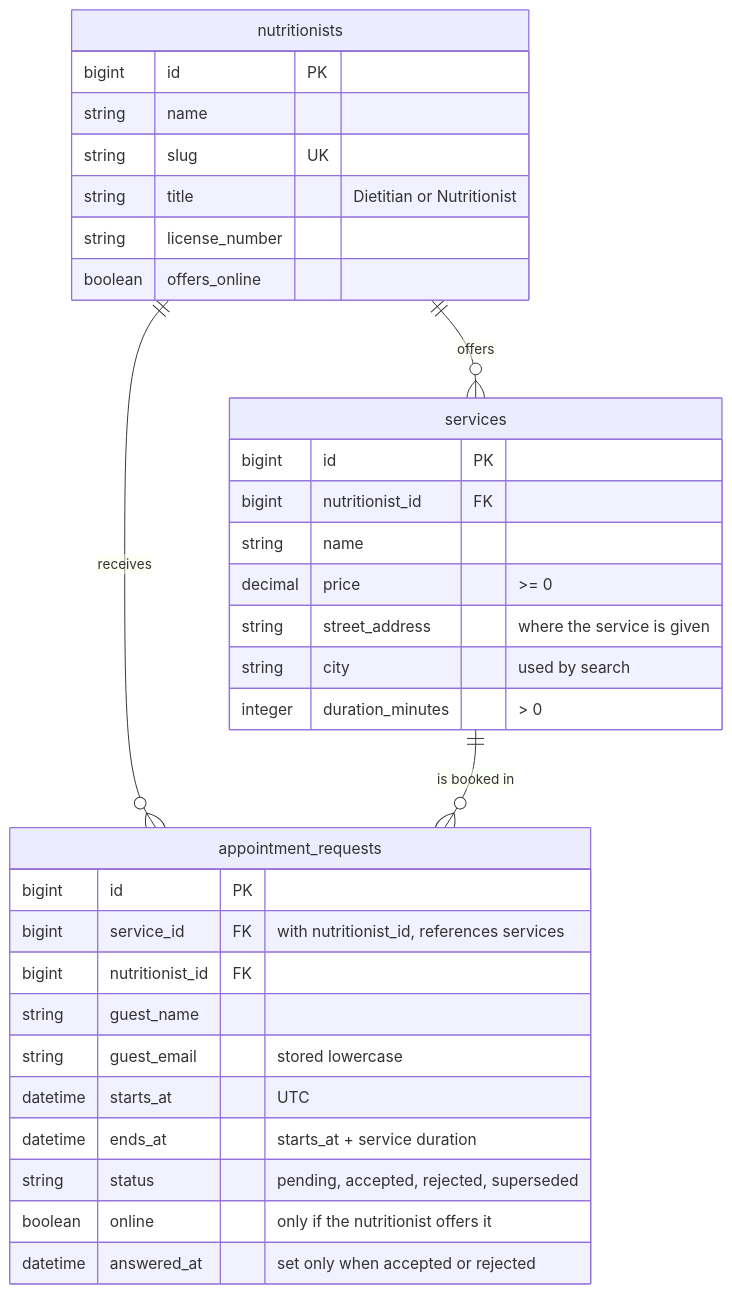
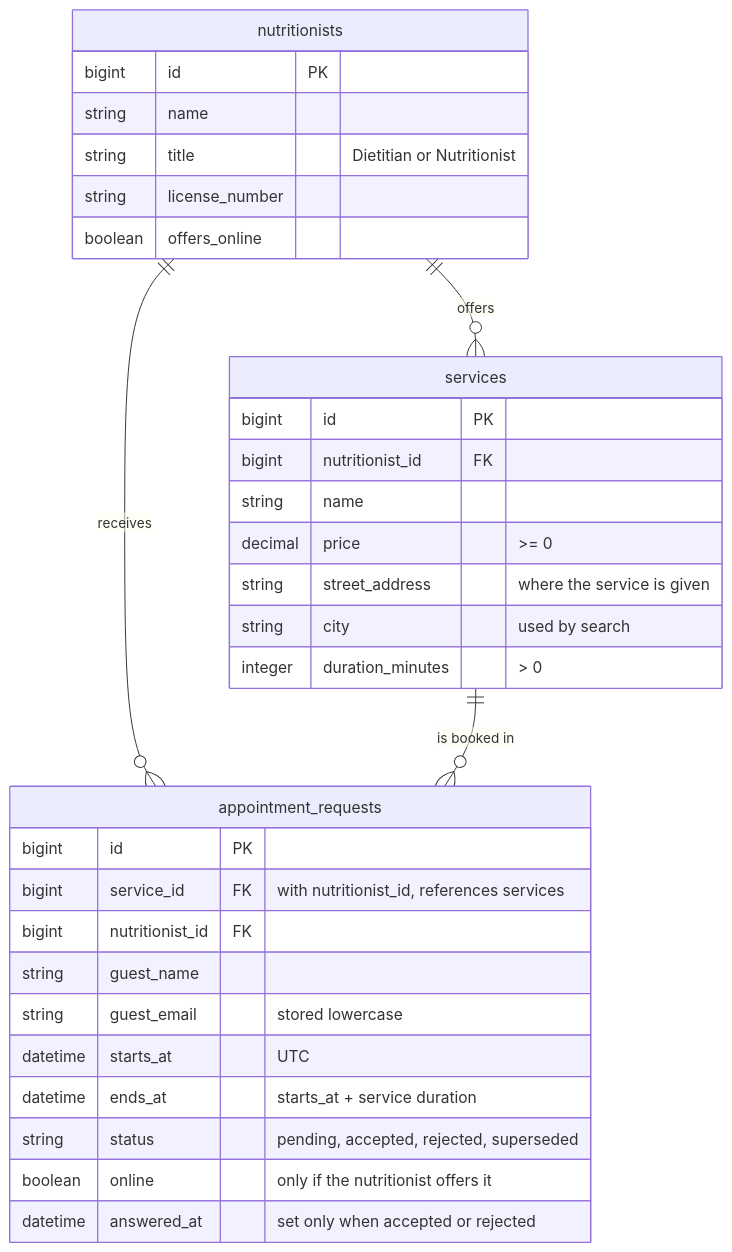
One commit to rgllm/NutriBook changed the diagram in README.md. Above: the diagram before and after it, drawn with Mermaid. The commit also changed other lines of this file and 11 other files, not shown here.

````diff
--- a/README.md
+++ b/README.md
@@ -64,38 +64,37 @@
 ```mermaid
 erDiagram
     nutritionists ||--o{ services : offers
     nutritionists ||--o{ appointment_requests : receives
     services ||--o{ appointment_requests : "is booked in"
 
     nutritionists {
         bigint id PK
         string name
-        string slug UK
         string title "Dietitian or Nutritionist"
         string license_number
         boolean offers_online
     }
 
     services {
         bigint id PK
         bigint nutritionist_id FK
         string name
         decimal price ">= 0"
         string street_address "where the service is given"
         string city "used by search"
         integer duration_minutes "> 0"
     }
 
     appointment_requests {
         bigint id PK
         bigint service_id FK "with nutritionist_id, references services"
         bigint nutritionist_id FK
         string guest_name
         string guest_email "stored lowercase"
         datetime starts_at "UTC"
         datetime ends_at "starts_at + service duration"
         string status "pending, accepted, rejected, superseded"
         boolean online "only if the nutritionist offers it"
         datetime answered_at "set only when accepted or rejected"
     }
 ```
````
